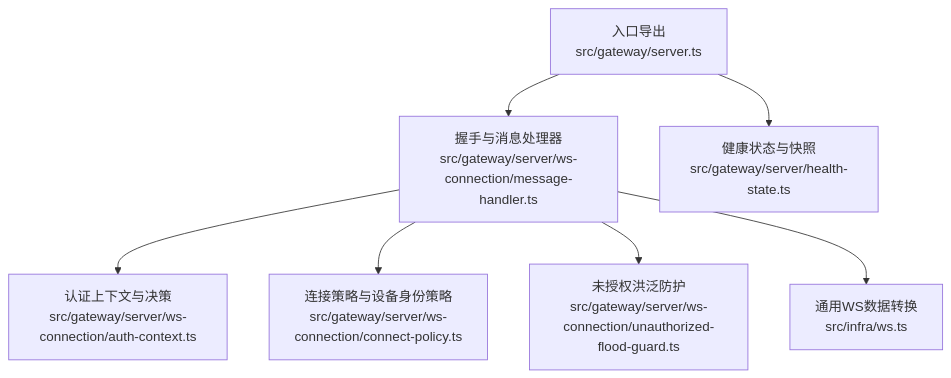
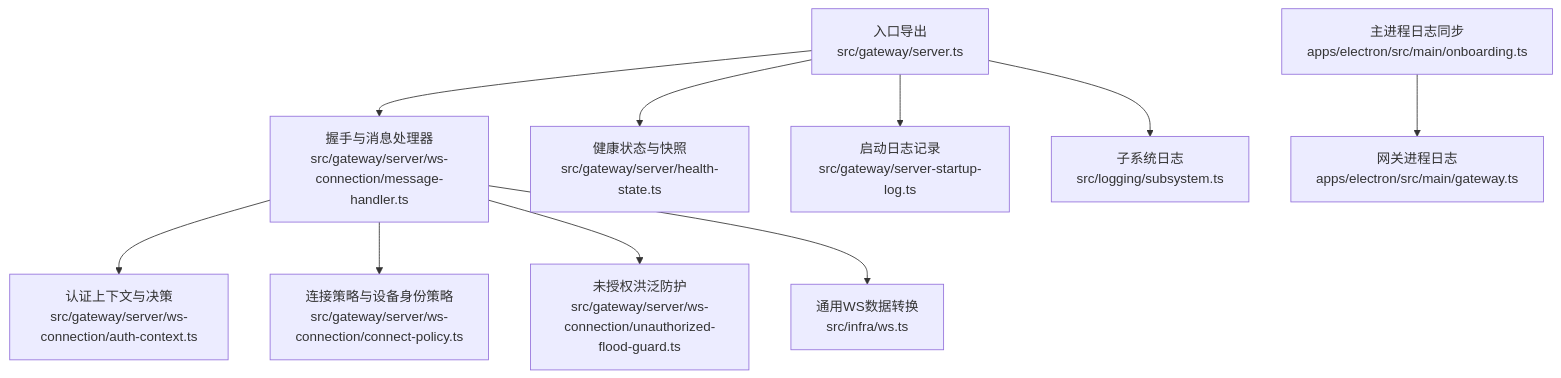
The first of 10 diagrams in .qoder/repowiki/zh/content/网关服务器/网关服务器.md (verse-ai-org/openclaw), drawn with Mermaid before and after one commit. The commit also changed other lines of this file and 32 other files, not shown here.

````diff
--- a/.qoder/repowiki/zh/content/网关服务器/网关服务器.md
+++ b/.qoder/repowiki/zh/content/网关服务器/网关服务器.md
@@ -33,9 +48,12 @@
 ```mermaid
 graph TB
 A["入口导出<br/>src/gateway/server.ts"] --> B["握手与消息处理器<br/>src/gateway/server/ws-connection/message-handler.ts"]
 B --> C["认证上下文与决策<br/>src/gateway/server/ws-connection/auth-context.ts"]
 B --> D["连接策略与设备身份策略<br/>src/gateway/server/ws-connection/connect-policy.ts"]
 B --> E["未授权洪泛防护<br/>src/gateway/server/ws-connection/unauthorized-flood-guard.ts"]
 A --> F["健康状态与快照<br/>src/gateway/server/health-state.ts"]
 B --> G["通用WS数据转换<br/>src/infra/ws.ts"]
+A --> H["启动日志记录<br/>src/gateway/server-startup-log.ts"]
+A --> I["子系统日志<br/>src/logging/subsystem.ts"]
+J["主进程日志同步<br/>apps/electron/src/main/onboarding.ts"] --> K["网关进程日志<br/>apps/electron/src/main/gateway.ts"]
 ```
````
